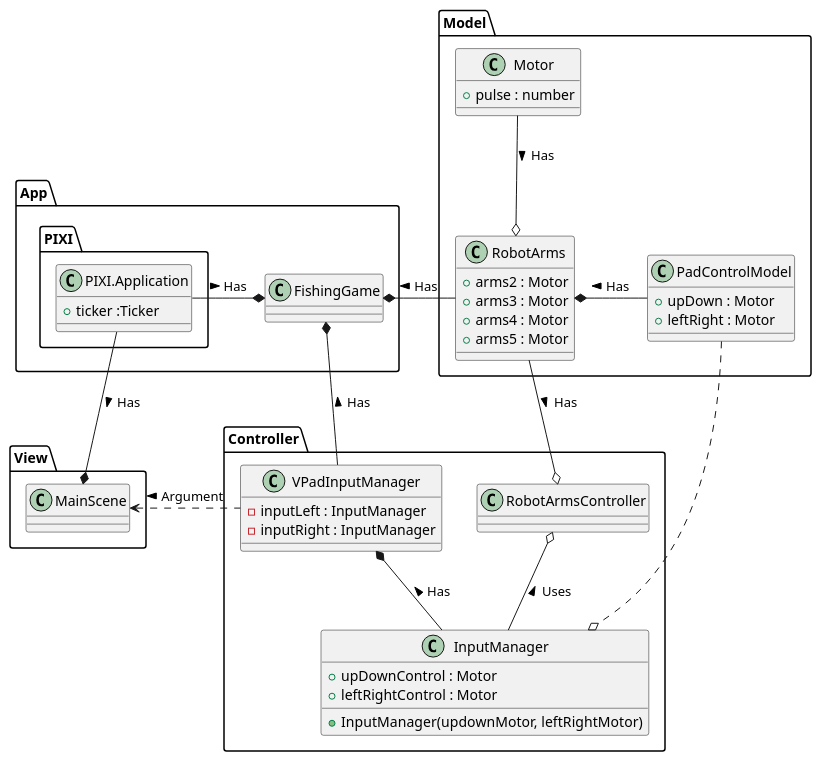
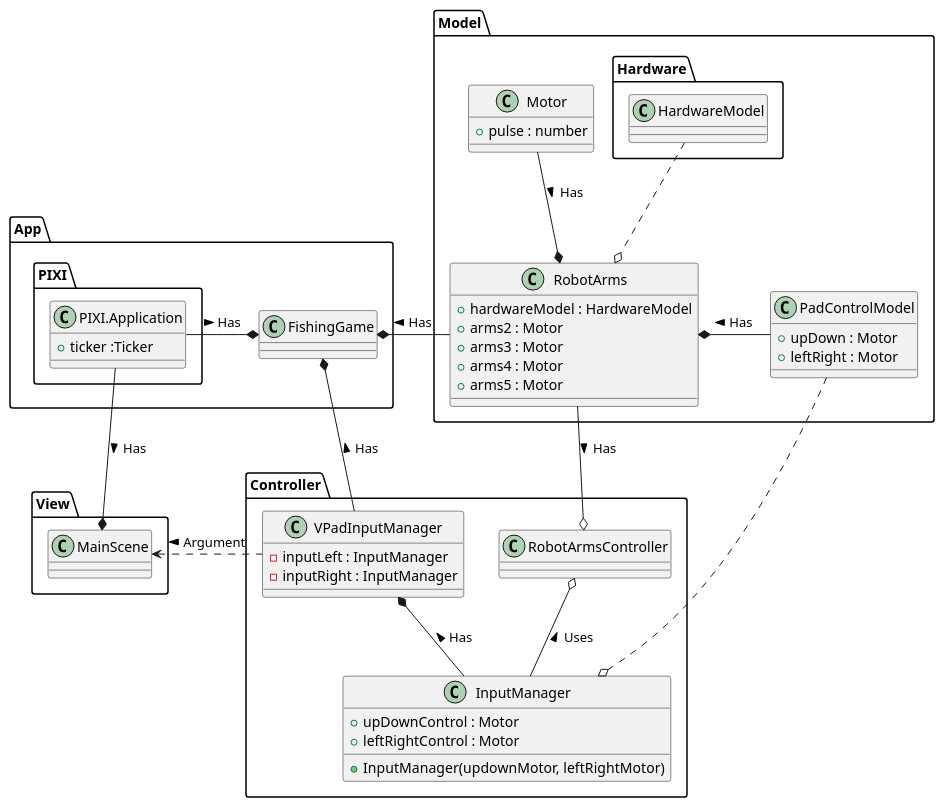
One commit to nakagawa-takayoshi/FishingGame changed the second of 2 diagrams in documents/設計書.md. Above: the diagram before and after it, drawn with PlantUML. The commit also changed other lines of this file, not shown here.

```diff
--- a/documents/設計書.md
+++ b/documents/設計書.md
@@ -109,8 +119,16 @@
 
 
 package Model {
+    package Hardware {
+        class HardwareModel
+        {
+
+        }
+    }
+
     class RobotArms
     {
+        + hardwareModel : HardwareModel
         + arms2 : Motor
         + arms3 : Motor
         + arms4 : Motor
@@ -130,10 +148,11 @@
     }
     
     
-    Motor -down-o RobotArms : Has >
+    Motor -down-* RobotArms : Has >
 
     PadControlModel -left-* RobotArms : Has >
     PadControlModel .down.o InputManager
+    HardwareModel .down.o RobotArms
 
 }
 
```
